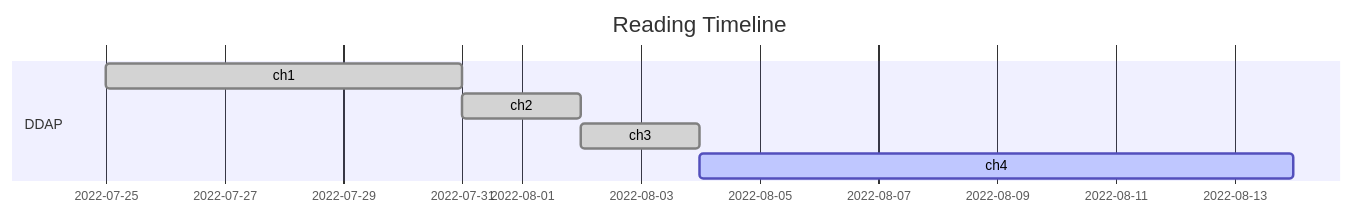
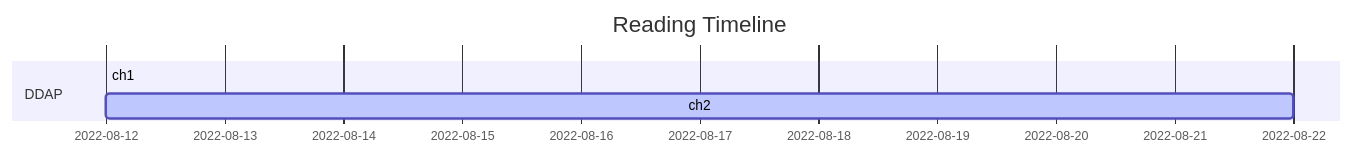
The second of 3 diagrams in README.md (ywjpanda/Mastering-Bitcoin), drawn with Mermaid before and after one commit. The commit also changed other lines of this file, not shown here.

````diff
--- a/README.md
+++ b/README.md
@@ -22,11 +28,10 @@
 ```mermaid
 gantt
     todayMarker off
     title Reading Timeline
     dateFormat  YYYY-MM-DD
     section DDAP
-    ch1 : done, des1, 2022-07-25,2022-07-31
-    ch2 : done, des2, after des1,2022-08-02
-    ch3 : done, des3, after des2,2022-08-04
-    ch4 : active, des4, after des3, 10d
+    ch1 : done,   des1, 2022-08-12,2022-08-12
+    ch2 : active, des2, 2022-08-12,2022-08-22
+
 ```
````
